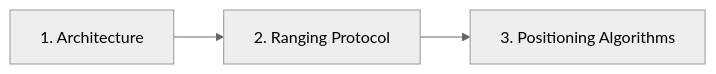
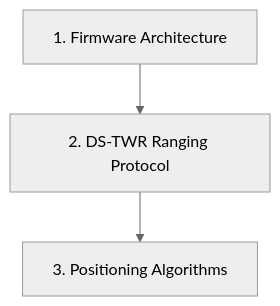
Before and after one commit to phuongmt08/uwb-rtls: the diagram in docs/firmware/README.md, drawn with Mermaid (neutral theme). The commit also changed other lines of this file and 7 other files, not shown here.

Commit message:
docs: remove github pages deployment config and adjust mermaid diagram layouts

````diff
--- a/docs/firmware/README.md
+++ b/docs/firmware/README.md
@@ -11,4 +11,5 @@
 ```mermaid
-flowchart LR
-    A[1. Architecture] --> B[2. Ranging Protocol] --> C[3. Positioning Algorithms]
+flowchart TD
+    A["1. Firmware Architecture"] --> B["2. DS-TWR Ranging Protocol"]
+    B --> C["3. Positioning Algorithms"]
 ```
````
